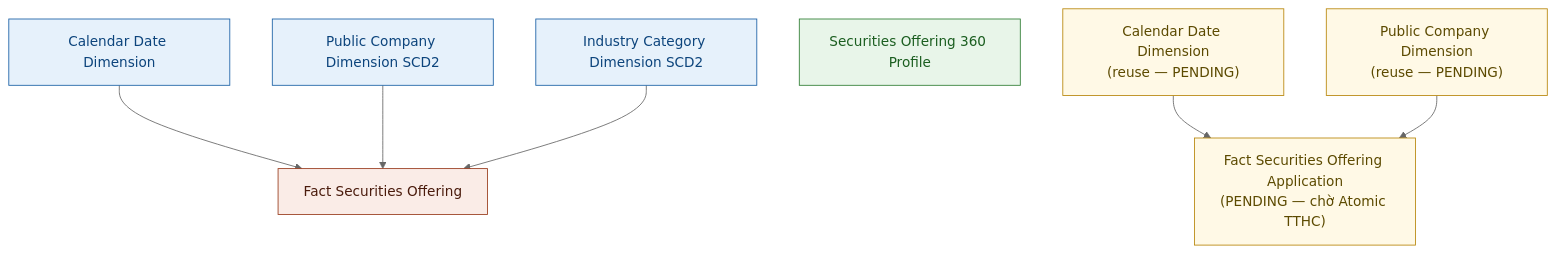
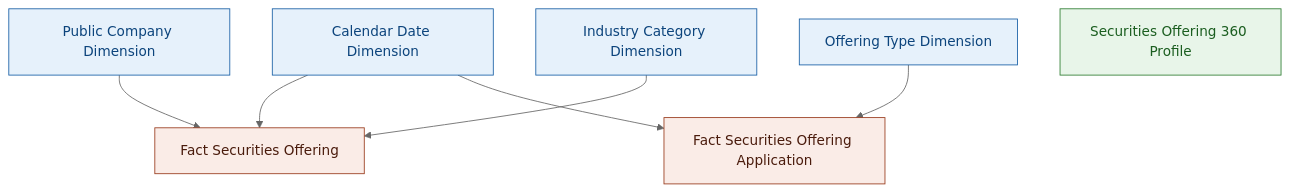
One commit to linhlvit/ubck_atomic_design changed diagram 18 of 18 in Datamart/hld/DTM_QLCB_HLD.md. Above: the diagram before and after it, drawn with Mermaid (neutral theme). The commit also changed other lines of this file and 2 other files, not shown here.

````diff
--- a/Datamart/hld/DTM_QLCB_HLD.md
+++ b/Datamart/hld/DTM_QLCB_HLD.md
@@ -731,26 +949,23 @@
 ```mermaid
 graph TB
     classDef dim fill:#E6F1FB,stroke:#185FA5,color:#0C447C
     classDef fact fill:#FAECE7,stroke:#993C1D,color:#4A1B0C
     classDef oper fill:#E8F5E9,stroke:#2E7D32,color:#1B5E20
-    classDef pending fill:#FFF9E6,stroke:#B8860B,color:#5C4A00
 
     DIM_DATE["Calendar Date Dimension"]:::dim
-    DIM_COMPANY["Public Company Dimension SCD2"]:::dim
-    DIM_INDUSTRY["Industry Category Dimension SCD2"]:::dim
+    DIM_COMPANY["Public Company Dimension"]:::dim
+    DIM_INDUSTRY["Industry Category Dimension"]:::dim
+    DIM_OFFRTYPE["Offering Type Dimension"]:::dim
 
     FACT_OFF["Fact Securities Offering"]:::fact
+    FACT_APP["Fact Securities Offering Application"]:::fact
 
     OPR_OFF["Securities Offering 360 Profile"]:::oper
-
-    FACT_APP["Fact Securities Offering Application\n(PENDING — chờ Atomic TTHC)"]:::pending
-    DIM_DATE2["Calendar Date Dimension\n(reuse — PENDING)"]:::pending
-    DIM_COMP2["Public Company Dimension\n(reuse — PENDING)"]:::pending
 
     DIM_DATE --> FACT_OFF
     DIM_COMPANY --> FACT_OFF
     DIM_INDUSTRY --> FACT_OFF
 
-    DIM_DATE2 --> FACT_APP
-    DIM_COMP2 --> FACT_APP
+    DIM_DATE --> FACT_APP
+    DIM_OFFRTYPE --> FACT_APP
 ```
````
